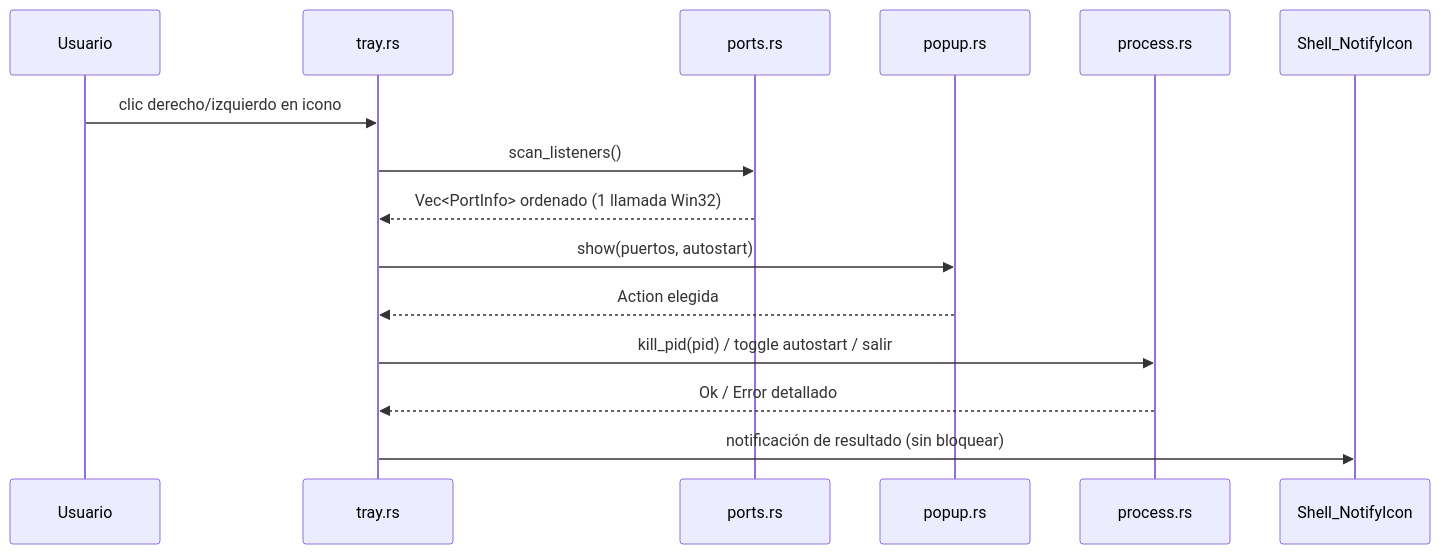
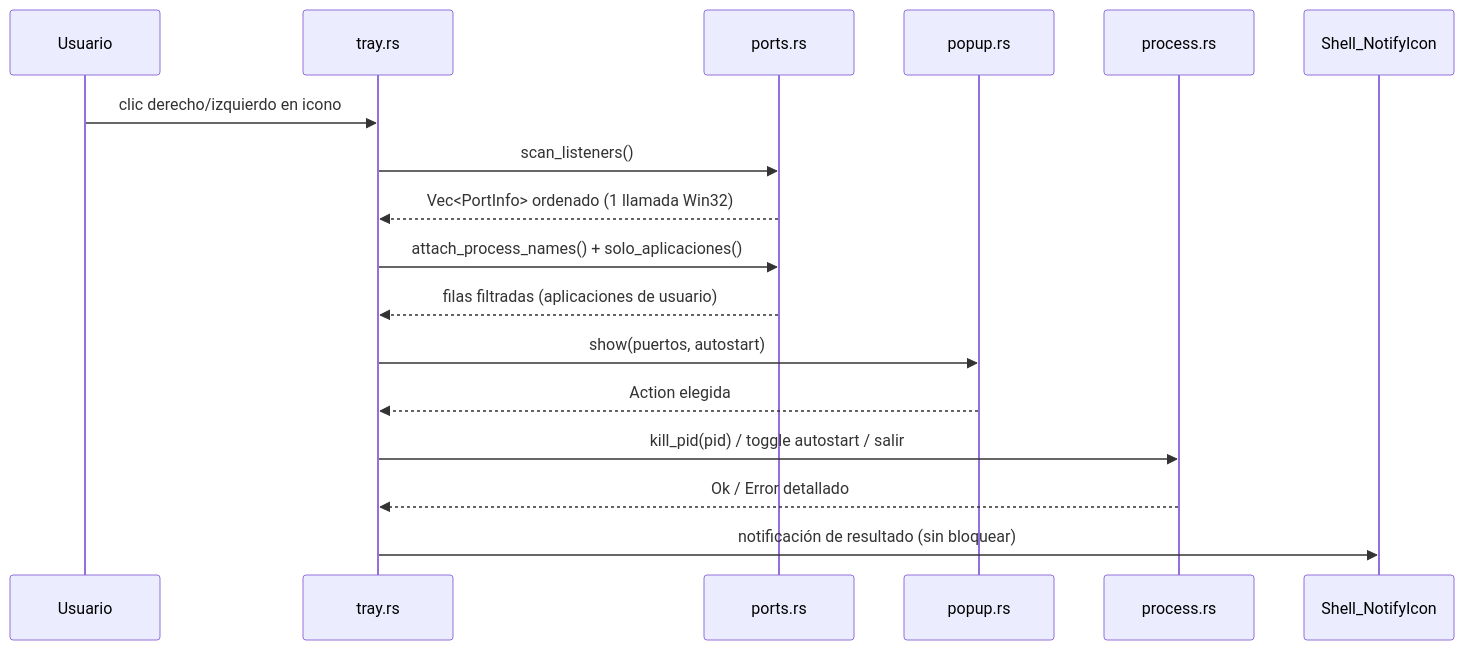
Before and after one commit to 1ndoryu/gloryport: the second of 2 diagrams in docs/arquitectura.md, drawn with Mermaid. The commit also changed other lines of this file and 5 other files, not shown here.

Commit message:
docs: bloque 128A-10 (popup amplio, filtro solo-aplicaciones, evidencia 21/21)

````diff
--- a/docs/arquitectura.md
+++ b/docs/arquitectura.md
@@ -71,17 +71,19 @@
 ```mermaid
 sequenceDiagram
     participant U as Usuario
     participant T as tray.rs
     participant P as ports.rs
     participant M as popup.rs
     participant K as process.rs
     participant N as Shell_NotifyIcon
     U->>T: clic derecho/izquierdo en icono
     T->>P: scan_listeners()
     P-->>T: Vec<PortInfo> ordenado (1 llamada Win32)
+    T->>P: attach_process_names() + solo_aplicaciones()
+    P-->>T: filas filtradas (aplicaciones de usuario)
     T->>M: show(puertos, autostart)
     M-->>T: Action elegida
     T->>K: kill_pid(pid) / toggle autostart / salir
     K-->>T: Ok / Error detallado
     T->>N: notificación de resultado (sin bloquear)
 ```
````
